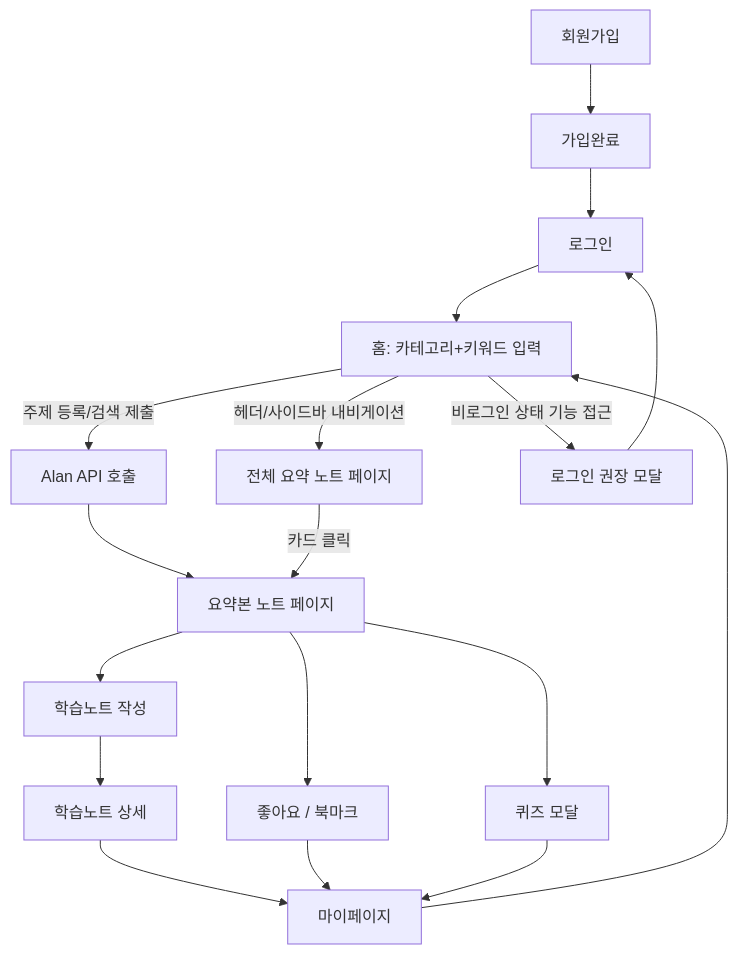
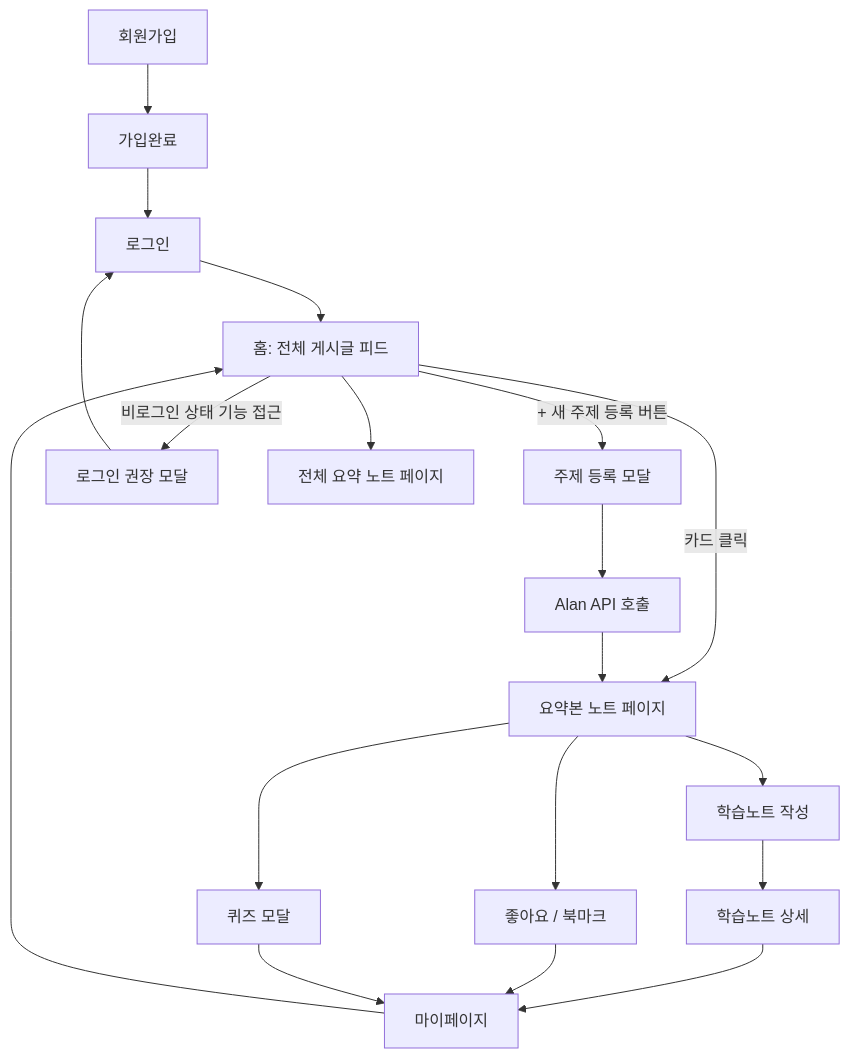
One commit to agw76638/feda-context changed the diagram in project-overview.md. Above: the diagram before and after it, drawn with Mermaid. The commit also changed other lines of this file and 1 other file, not shown here.

````diff
--- a/project-overview.md
+++ b/project-overview.md
@@ -161,20 +160,21 @@
 ```mermaid
 flowchart TD
   Signup["회원가입"] --> Done["가입완료"]
   Done --> Login["로그인"]
-  Login --> Home["홈: 카테고리+키워드 입력"]
-  Home -->|"주제 등록/검색 제출"| Alan["Alan API 호출"]
-  Alan --> Summary["요약본 노트 페이지"]
-  Home -->|"헤더/사이드바 내비게이션"| AllSummary["전체 요약 노트 페이지"]
-  AllSummary -->|"카드 클릭"| Summary
+  Login --> Home["홈: 전체 게시글 피드"]
+  Home -->|"카드 클릭"| Summary["요약본 노트 페이지"]
+  Home -->|"+ 새 주제 등록 버튼"| RegModal["주제 등록 모달"]
   Home -->|"비로그인 상태 기능 접근"| AuthModal["로그인 권장 모달"]
   AuthModal --> Login
+  RegModal --> Alan["Alan API 호출"]
+  Alan --> Summary
   Summary --> QuizModal["퀴즈 모달"]
   Summary --> NoteWrite["학습노트 작성"]
   NoteWrite --> NoteDetail["학습노트 상세"]
   Summary --> Like["좋아요 / 북마크"]
+  Home --> AllSummary["전체 요약 노트 페이지"]
   NoteDetail --> My["마이페이지"]
   Like --> My
   QuizModal --> My
   My --> Home
 ```
````
